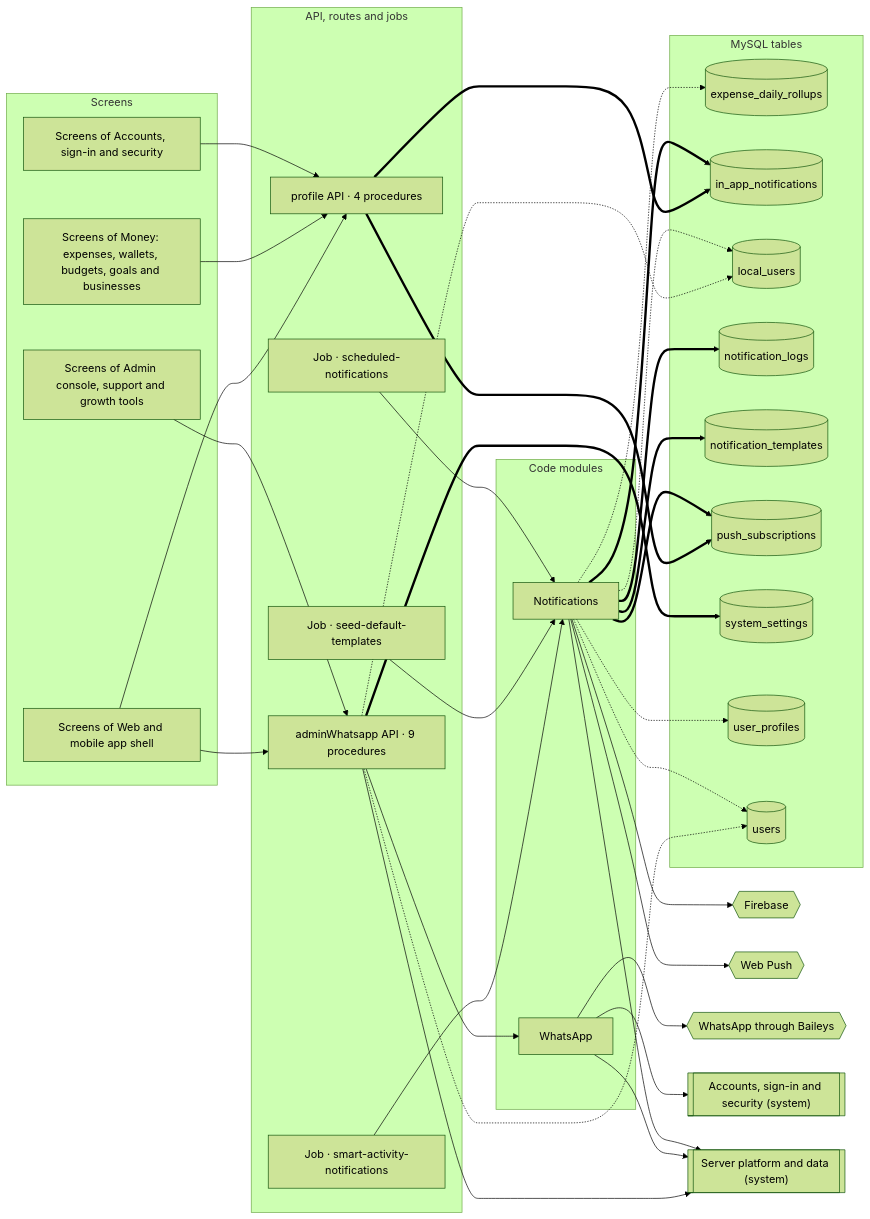
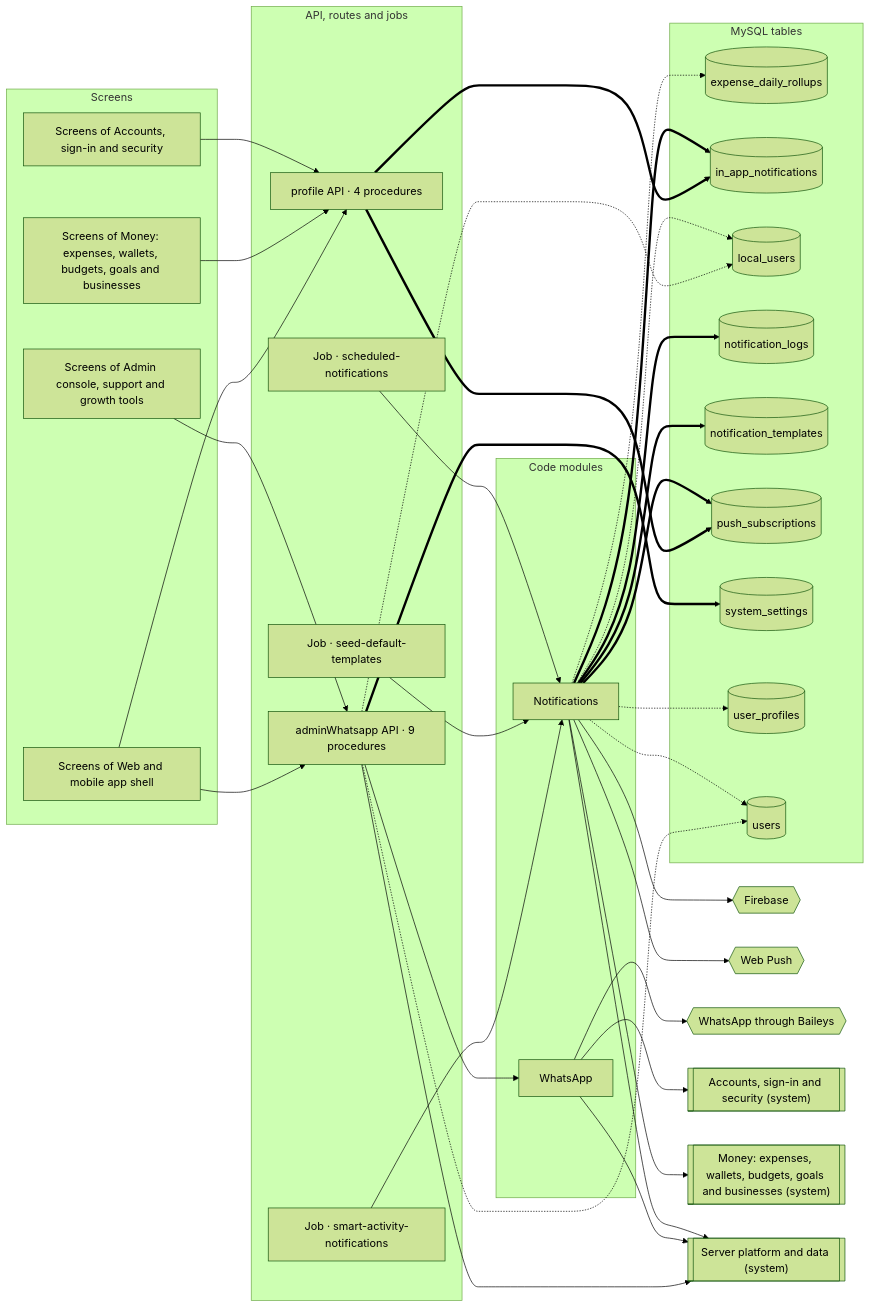
Before and after one commit to mahmoudtaherr111/smartspend_mini_all: the diagram in docs/atlas/systems/notifications.md, drawn with Mermaid (forest theme). The commit also changed other lines of this file and 30 other files, not shown here.

````diff
--- a/docs/atlas/systems/notifications.md
+++ b/docs/atlas/systems/notifications.md
@@ -13,65 +13,67 @@
 ```mermaid
 flowchart LR
   subgraph g_screens["Screens"]
     screens_accounts["Screens of Accounts, sign-in and security"]
     screens_admin["Screens of Admin console, support and growth tools"]
     screens_money["Screens of Money: expenses, wallets, budgets, goals and businesses"]
     screens_web_app["Screens of Web and mobile app shell"]
   end
   subgraph g_api["API, routes and jobs"]
     job_scheduled_notifications["Job · scheduled-notifications"]
     job_seed_default_templates["Job · seed-default-templates"]
     job_smart_activity_notifications["Job · smart-activity-notifications"]
     router_adminWhatsapp["adminWhatsapp API · 9 procedures"]
     router_profile["profile API · 4 procedures"]
   end
   subgraph g_modules["Code modules"]
     mod_notifications["Notifications"]
     mod_whatsapp["WhatsApp"]
   end
   subgraph g_tables["MySQL tables"]
     tbl_expense_daily_rollups[("expense_daily_rollups")]
     tbl_in_app_notifications[("in_app_notifications")]
     tbl_local_users[("local_users")]
     tbl_notification_logs[("notification_logs")]
     tbl_notification_templates[("notification_templates")]
     tbl_push_subscriptions[("push_subscriptions")]
     tbl_system_settings[("system_settings")]
     tbl_user_profiles[("user_profiles")]
     tbl_users[("users")]
   end
   ext_firebase{{"Firebase"}}
   ext_web_push{{"Web Push"}}
   ext_whatsapp{{"WhatsApp through Baileys"}}
   sys_accounts[["Accounts, sign-in and security (system)"]]
+  sys_money[["Money: expenses, wallets, budgets, goals and businesses (system)"]]
   sys_platform[["Server platform and data (system)"]]
   job_scheduled_notifications --> mod_notifications
   job_seed_default_templates --> mod_notifications
   job_smart_activity_notifications --> mod_notifications
   mod_notifications --> ext_firebase
   mod_notifications --> ext_web_push
+  mod_notifications --> sys_money
   mod_notifications --> sys_platform
   mod_notifications -.-> tbl_expense_daily_rollups
   mod_notifications -.-> tbl_local_users
   mod_notifications -.-> tbl_user_profiles
   mod_notifications -.-> tbl_users
   mod_notifications ==> tbl_in_app_notifications
   mod_notifications ==> tbl_notification_logs
   mod_notifications ==> tbl_notification_templates
   mod_notifications ==> tbl_push_subscriptions
   mod_whatsapp --> ext_whatsapp
   mod_whatsapp --> sys_accounts
   mod_whatsapp --> sys_platform
   router_adminWhatsapp --> mod_whatsapp
   router_adminWhatsapp --> sys_platform
   router_adminWhatsapp -.-> tbl_local_users
   router_adminWhatsapp -.-> tbl_users
   router_adminWhatsapp ==> tbl_system_settings
   router_profile ==> tbl_in_app_notifications
   router_profile ==> tbl_push_subscriptions
   screens_accounts --> router_profile
   screens_admin --> router_adminWhatsapp
   screens_money --> router_profile
   screens_web_app --> router_adminWhatsapp
   screens_web_app --> router_profile
 ```
````
